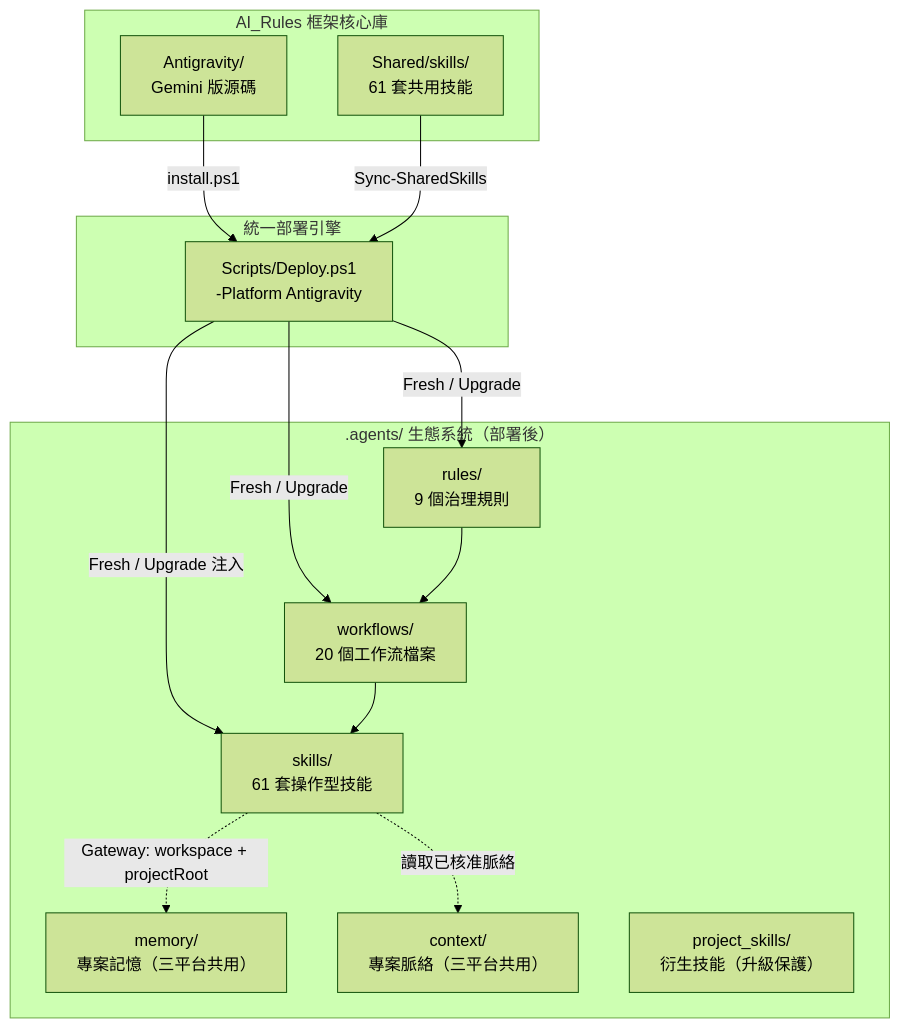
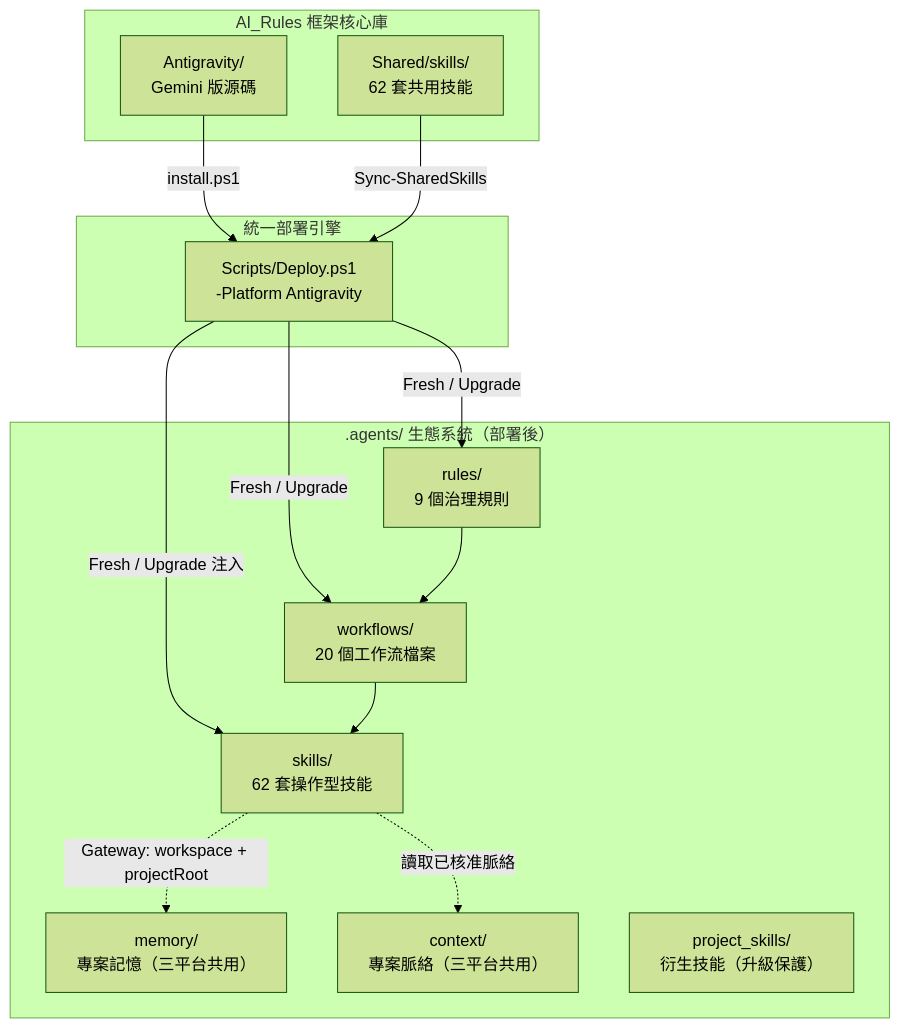
Before and after one commit to Kunshao1117/AI_Rules: the first of 3 diagrams in Antigravity/README.md, drawn with Mermaid (forest theme). The commit also changed other lines of this file and 173 other files, not shown here.

````diff
--- a/Antigravity/README.md
+++ b/Antigravity/README.md
@@ -83,30 +83,30 @@
 ```mermaid
 graph TB
     subgraph "AI_Rules 框架核心庫"
         SRC["Antigravity/<br/>Gemini 版源碼"]
-        SH["Shared/skills/<br/>61 套共用技能"]
+        SH["Shared/skills/<br/>62 套共用技能"]
     end
 
     subgraph "統一部署引擎"
         DEPLOY["Scripts/Deploy.ps1<br/>-Platform Antigravity"]
     end
 
     subgraph ".agents/ 生態系統（部署後）"
         RULES["rules/<br/>9 個治理規則"]
         WF["workflows/<br/>20 個工作流檔案"]
-        SKILLS["skills/<br/>61 套操作型技能"]
+        SKILLS["skills/<br/>62 套操作型技能"]
         MEM["memory/<br/>專案記憶（三平台共用）"]
         CTX["context/<br/>專案脈絡（三平台共用）"]
         PROJ["project_skills/<br/>衍生技能（升級保護）"]
     end
 
     SRC -->|"install.ps1"| DEPLOY
     SH -->|"Sync-SharedSkills"| DEPLOY
     DEPLOY -->|"Fresh / Upgrade"| RULES
     DEPLOY -->|"Fresh / Upgrade"| WF
     DEPLOY -->|"Fresh / Upgrade 注入"| SKILLS
     RULES --> WF
     WF --> SKILLS
     SKILLS -.->|"Gateway: workspace + projectRoot"| MEM
     SKILLS -.->|"讀取已核准脈絡"| CTX
 ```
````
